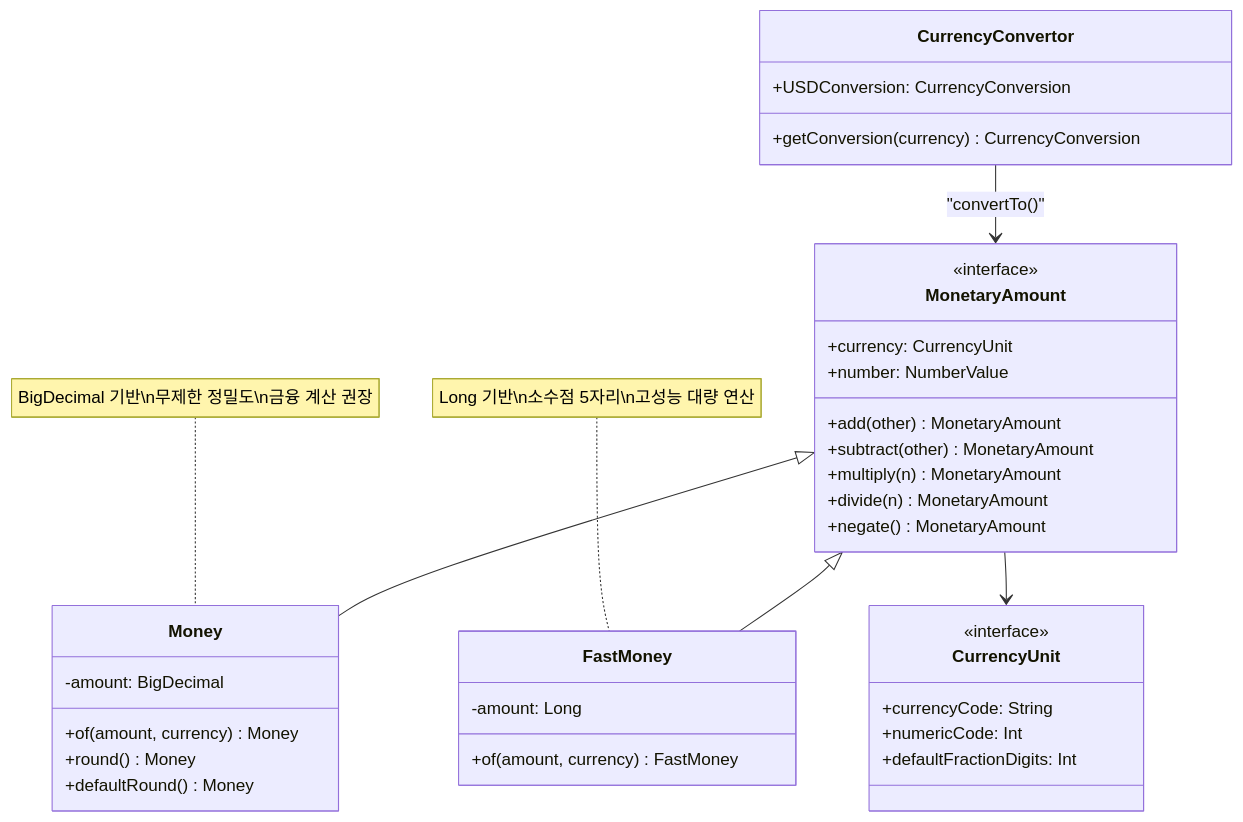
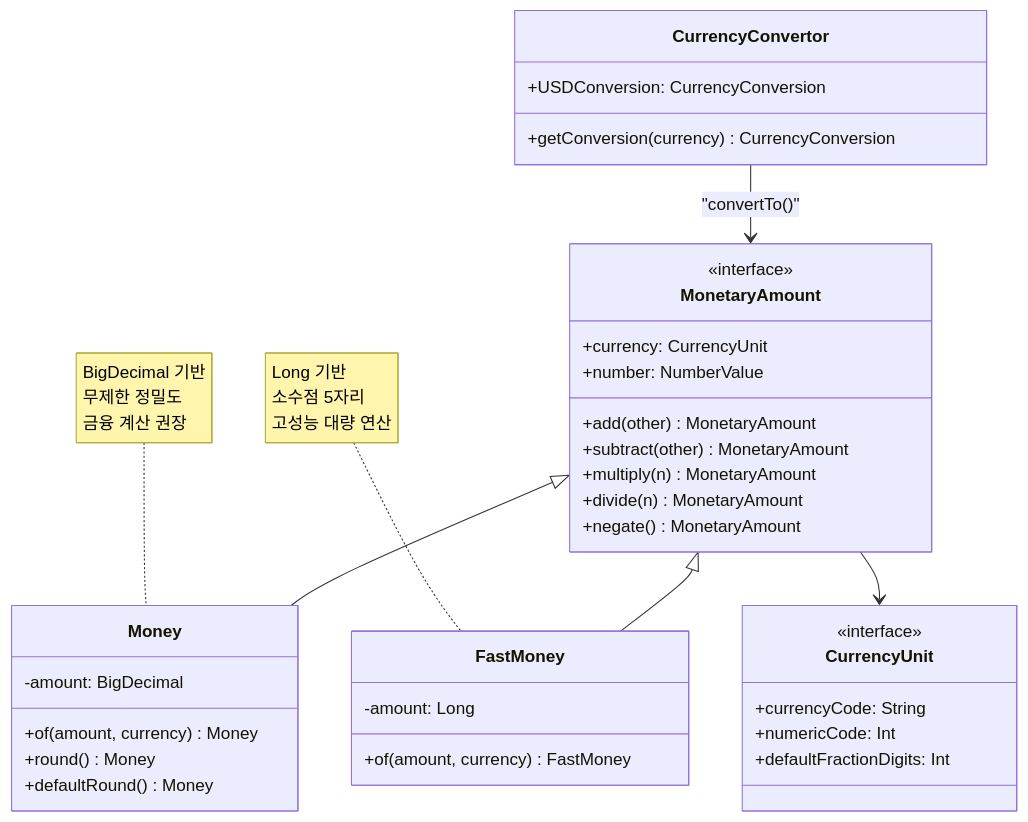
One commit to bluetape4k/bluetape4k-projects changed the first of 2 diagrams in utils/money/README.md. Above: the diagram before and after it, drawn with Mermaid. The commit also changed 54 other files, not shown here.

Commit message:
docs: add UML and normalize Mermaid in module READMEs

````diff
--- a/utils/money/README.md
+++ b/utils/money/README.md
@@ -237,45 +237,45 @@
 ```mermaid
 classDiagram
     class MonetaryAmount {
         <<interface>>
         +currency: CurrencyUnit
         +number: NumberValue
         +add(other) MonetaryAmount
         +subtract(other) MonetaryAmount
         +multiply(n) MonetaryAmount
         +divide(n) MonetaryAmount
         +negate() MonetaryAmount
     }
 
     class Money {
         -amount: BigDecimal
         +of(amount, currency) Money
         +round() Money
         +defaultRound() Money
     }
 
     class FastMoney {
         -amount: Long
         +of(amount, currency) FastMoney
     }
 
     class CurrencyUnit {
         <<interface>>
         +currencyCode: String
         +numericCode: Int
         +defaultFractionDigits: Int
     }
 
     class CurrencyConvertor {
         +getConversion(currency) CurrencyConversion
         +USDConversion: CurrencyConversion
     }
 
     MonetaryAmount <|-- Money
     MonetaryAmount <|-- FastMoney
     MonetaryAmount --> CurrencyUnit
     CurrencyConvertor --> MonetaryAmount : "convertTo()"
 
-    note for Money "BigDecimal 기반\n무제한 정밀도\n금융 계산 권장"
-    note for FastMoney "Long 기반\n소수점 5자리\n고성능 대량 연산"
+    note for Money "BigDecimal 기반<br/>무제한 정밀도<br/>금융 계산 권장"
+    note for FastMoney "Long 기반<br/>소수점 5자리<br/>고성능 대량 연산"
 ```
````
